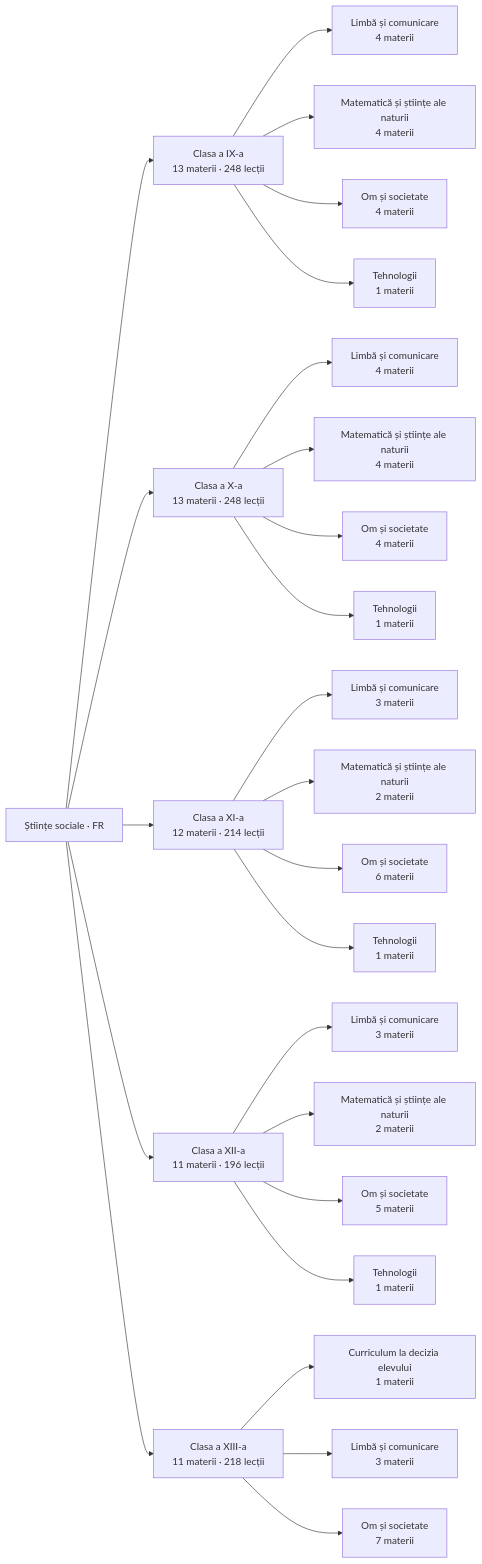
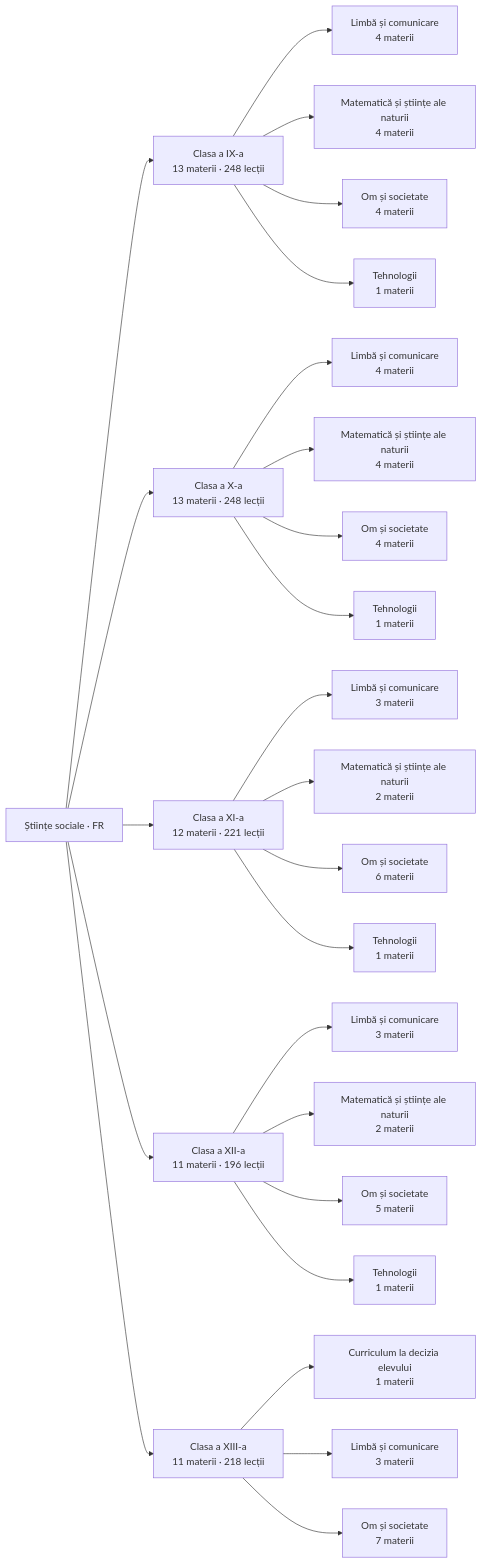
One commit to almeueste777-ops/Stiinte01 changed the diagram in vault/Hartă de învățare.md. Above: the diagram before and after it, drawn with Mermaid. The commit also changed other lines of this file and 22 other files, not shown here.

Commit message:
Graphify: regenerez vault-ul Obsidian din date

````diff
--- a/vault/Hartă de învățare.md
+++ b/vault/Hartă de învățare.md
@@ -10,52 +10,52 @@
 ```mermaid
 graph LR
   P["Științe sociale · FR"]
   C0["Clasa a IX-a<br/>13 materii · 248 lecții"]
   P --> C0
   A0_0["Limbă și comunicare<br/>4 materii"]
   C0 --> A0_0
   A0_1["Matematică și științe ale naturii<br/>4 materii"]
   C0 --> A0_1
   A0_2["Om și societate<br/>4 materii"]
   C0 --> A0_2
   A0_3["Tehnologii<br/>1 materii"]
   C0 --> A0_3
   C1["Clasa a X-a<br/>13 materii · 248 lecții"]
   P --> C1
   A1_0["Limbă și comunicare<br/>4 materii"]
   C1 --> A1_0
   A1_1["Matematică și științe ale naturii<br/>4 materii"]
   C1 --> A1_1
   A1_2["Om și societate<br/>4 materii"]
   C1 --> A1_2
   A1_3["Tehnologii<br/>1 materii"]
   C1 --> A1_3
-  C2["Clasa a XI-a<br/>12 materii · 214 lecții"]
+  C2["Clasa a XI-a<br/>12 materii · 221 lecții"]
   P --> C2
   A2_0["Limbă și comunicare<br/>3 materii"]
   C2 --> A2_0
   A2_1["Matematică și științe ale naturii<br/>2 materii"]
   C2 --> A2_1
   A2_2["Om și societate<br/>6 materii"]
   C2 --> A2_2
   A2_3["Tehnologii<br/>1 materii"]
   C2 --> A2_3
   C3["Clasa a XII-a<br/>11 materii · 196 lecții"]
   P --> C3
   A3_0["Limbă și comunicare<br/>3 materii"]
   C3 --> A3_0
   A3_1["Matematică și științe ale naturii<br/>2 materii"]
   C3 --> A3_1
   A3_2["Om și societate<br/>5 materii"]
   C3 --> A3_2
   A3_3["Tehnologii<br/>1 materii"]
   C3 --> A3_3
   C4["Clasa a XIII-a<br/>11 materii · 218 lecții"]
   P --> C4
   A4_0["Curriculum la decizia elevului<br/>1 materii"]
   C4 --> A4_0
   A4_1["Limbă și comunicare<br/>3 materii"]
   C4 --> A4_1
   A4_2["Om și societate<br/>7 materii"]
   C4 --> A4_2
 ```
````
